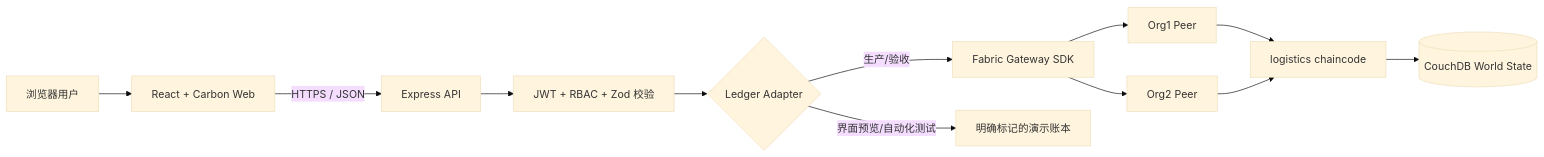
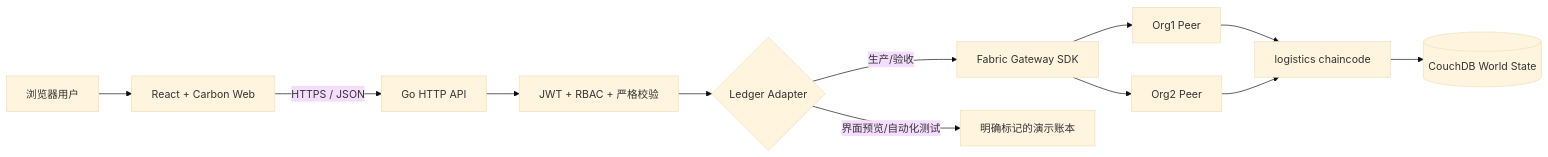
One commit to Viper3-yu/fabric changed the second of 2 diagrams in docs/设计方案.md. Above: the diagram before and after it, drawn with Mermaid (base theme). The commit also changed other lines of this file and 79 other files, not shown here.

````diff
--- a/docs/设计方案.md
+++ b/docs/设计方案.md
@@ -66,14 +66,14 @@
 ```mermaid
 flowchart LR
   U[浏览器用户] --> W[React + Carbon Web]
-  W -->|HTTPS / JSON| A[Express API]
-  A --> R[JWT + RBAC + Zod 校验]
+  W -->|HTTPS / JSON| A[Go HTTP API]
+  A --> R[JWT + RBAC + 严格校验]
   R --> L{Ledger Adapter}
   L -->|生产/验收| G[Fabric Gateway SDK]
   G --> P1[Org1 Peer]
   G --> P2[Org2 Peer]
   P1 --> C[logistics chaincode]
   P2 --> C
   C --> D[(CouchDB World State)]
   L -->|界面预览/自动化测试| M[明确标记的演示账本]
 ```
````
